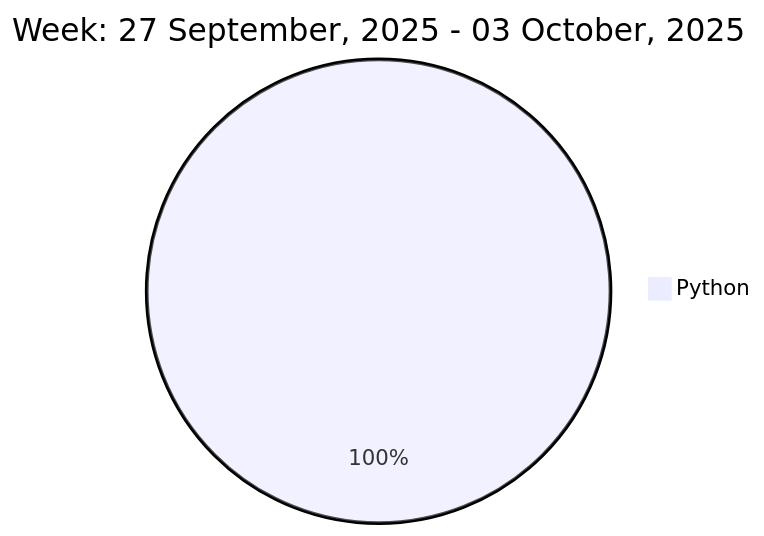
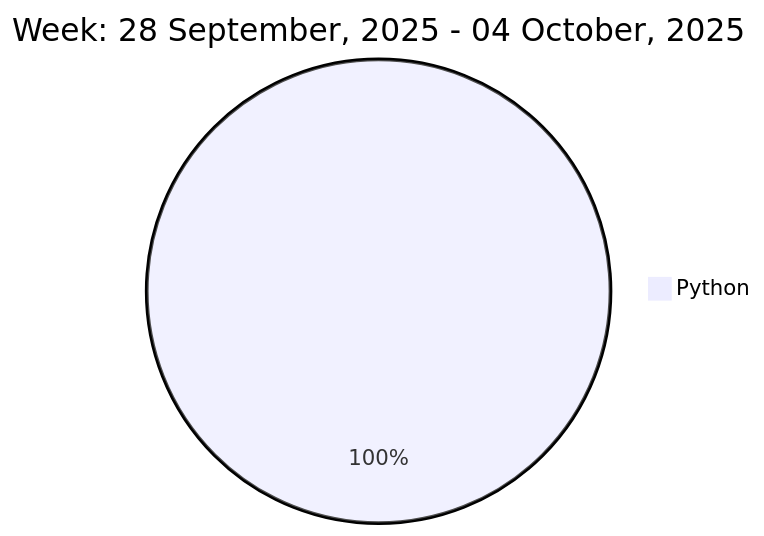
Before and after one commit to liubin95/liubin95: the diagram in README.md, drawn with Mermaid.

Commit message:
Updated the Graph with new Metrics

````diff
--- a/README.md
+++ b/README.md
@@ -37,5 +37,5 @@
 ```mermaid
  pie
-title Week: 27 September, 2025 - 03 October, 2025
- "Python" : 0.9
+title Week: 28 September, 2025 - 04 October, 2025
+ "Python" : 0.87
 ```
````
